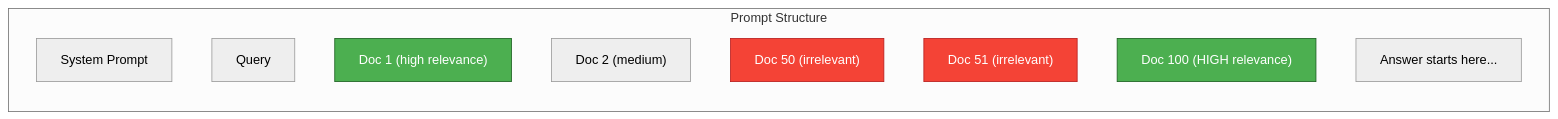
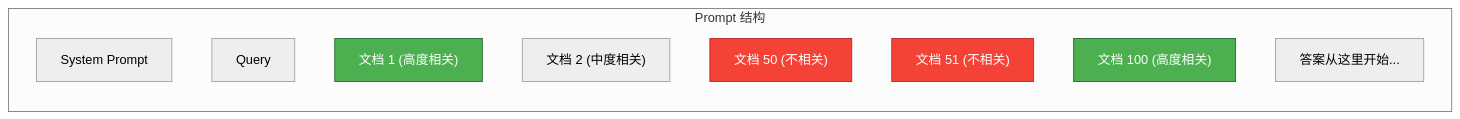
One commit to YiWang24/AiDIY changed the third of 10 diagrams in i18n/zh-Hans/docusaurus-plugin-content-docs/current/ai/rag/04-retrieval.mdx. Above: the diagram before and after it, drawn with Mermaid (neutral theme). The commit also changed other lines of this file and 59 other files, not shown here.

````diff
--- a/i18n/zh-Hans/docusaurus-plugin-content-docs/current/ai/rag/04-retrieval.mdx
+++ b/i18n/zh-Hans/docusaurus-plugin-content-docs/current/ai/rag/04-retrieval.mdx
@@ -93,18 +93,18 @@
 ```mermaid
 flowchart LR
-    subgraph Prompt["Prompt Structure"]
+    subgraph Prompt["Prompt 结构"]
         S1["System Prompt"]
         S2["Query"]
-        D1["Doc 1 (high relevance)"]
-        D2["Doc 2 (medium)"]
-        D3["Doc 50 (irrelevant)"]
-        D4["Doc 51 (irrelevant)"]
-        D5["Doc 100 (HIGH relevance)"]
-        S3["Answer starts here..."]
+        D1["文档 1 (高度相关)"]
+        D2["文档 2 (中度相关)"]
+        D3["文档 50 (不相关)"]
+        D4["文档 51 (不相关)"]
+        D5["文档 100 (高度相关)"]
+        S3["答案从这里开始..."]
     end
 
     style D1 fill:#4caf50,stroke:#1b5e20,color:#fff
     style D5 fill:#4caf50,stroke:#1b5e20,color:#fff
     style D3 fill:#f44336,stroke:#b71c1c,color:#fff
     style D4 fill:#f44336,stroke:#b71c1c,color:#fff
 ```
````
